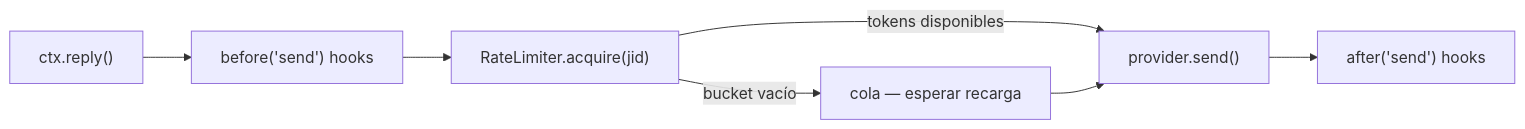
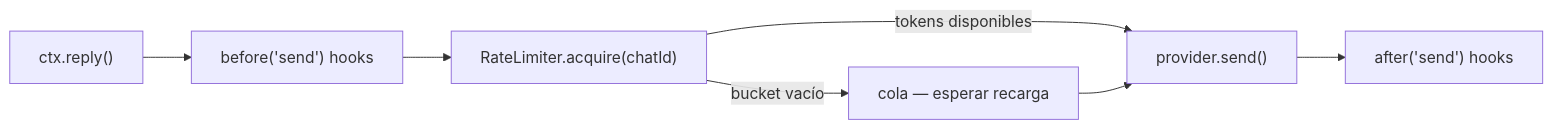
One commit to andresayac/bot-wa-baileys changed the diagram in docs/es/guide/rate-limiting.md. Above: the diagram before and after it, drawn with Mermaid. The commit also changed other lines of this file and 42 other files, not shown here.

````diff
--- a/docs/es/guide/rate-limiting.md
+++ b/docs/es/guide/rate-limiting.md
@@ -14,9 +22,9 @@
 ```mermaid
 flowchart LR
     A["ctx.reply()"] --> B["before('send') hooks"]
-    B --> C["RateLimiter.acquire(jid)"]
+    B --> C["RateLimiter.acquire(chatId)"]
     C -->|"tokens disponibles"| D["provider.send()"]
     C -->|"bucket vacío"| E["cola — esperar recarga"]
     E --> D
     D --> F["after('send') hooks"]
 ```
````
